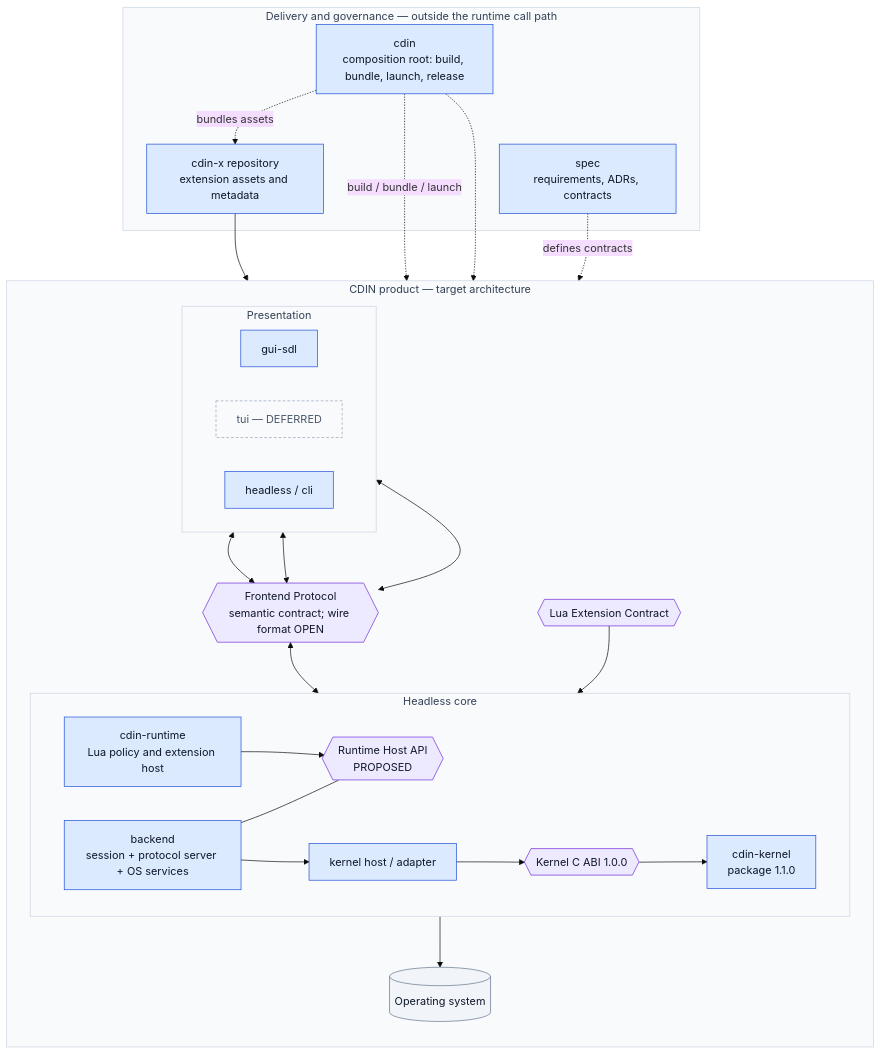
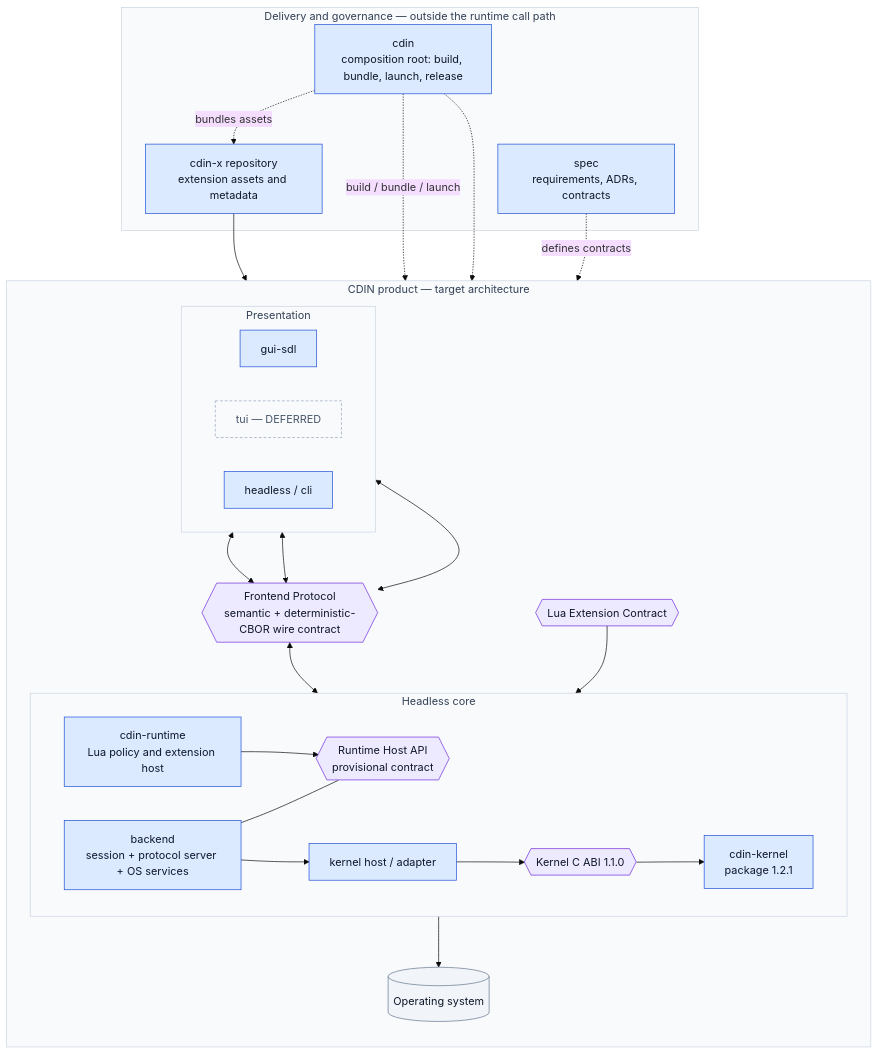
The diagram in docs/architecture/overview.md (cdin-editor/spec), drawn with Mermaid (base theme) before and after one commit. The commit also changed other lines of this file and 34 other files, not shown here.

````diff
--- a/docs/architecture/overview.md
+++ b/docs/architecture/overview.md
@@ -27,55 +27,55 @@
 ```mermaid
 flowchart TB
     subgraph DELIVERY["Delivery and governance — outside the runtime call path"]
         ROOT["cdin<br/>composition root: build, bundle, launch, release"]
         SPEC["spec<br/>requirements, ADRs, contracts"]
         XREPO["cdin-x repository<br/>extension assets and metadata"]
     end
 
     subgraph TARGET["CDIN product — target architecture"]
         direction TB
         subgraph UI["Presentation"]
             direction LR
             GUI["gui-sdl"]
             TUI["tui — DEFERRED"]
             HL["headless / cli"]
         end
-        FP{{"Frontend Protocol<br/>semantic contract; wire format OPEN"}}
+        FP{{"Frontend Protocol<br/>semantic + deterministic-CBOR wire contract"}}
         subgraph CORE["Headless core"]
             direction LR
             BE["backend<br/>session + protocol server + OS services"]
-            RHA{{"Runtime Host API<br/>PROPOSED"}}
+            RHA{{"Runtime Host API<br/>provisional contract"}}
             RT["cdin-runtime<br/>Lua policy and extension host"]
             KH["kernel host / adapter"]
-            ABI{{"Kernel C ABI 1.0.0"}}
-            K["cdin-kernel<br/>package 1.1.0"]
+            ABI{{"Kernel C ABI 1.1.0"}}
+            K["cdin-kernel<br/>package 1.2.1"]
         end
         EXT{{"Lua Extension Contract"}}
         OS[("Operating system")]
     end
 
     GUI <--> FP
     TUI <--> FP
     HL <--> FP
     FP <--> BE
     RT --> RHA
     BE --- RHA
     BE --> KH --> ABI --> K
     XREPO --> EXT --> RT
     BE --> OS
     ROOT -. "build / bundle / launch" .-> UI
     ROOT -.-> CORE
     ROOT -. "bundles assets" .-> XREPO
     SPEC -. "defines contracts" .-> TARGET
 
     classDef component fill:#dbeafe,stroke:#1d4ed8,color:#0f172a
     classDef contract fill:#ede9fe,stroke:#6d28d9,color:#0f172a
     classDef external fill:#f1f5f9,stroke:#64748b,color:#0f172a
     classDef group fill:#f8fafc,stroke:#cbd5e1,color:#334155
     classDef deferred fill:#f8fafc,stroke:#94a3b8,color:#475569,stroke-dasharray:4 3
     class ROOT,SPEC,XREPO,GUI,HL,BE,RT,KH,K component
     class FP,RHA,ABI,EXT contract
     class OS external
     class TUI deferred
     class DELIVERY,UI,CORE,TARGET group
 ```
````
